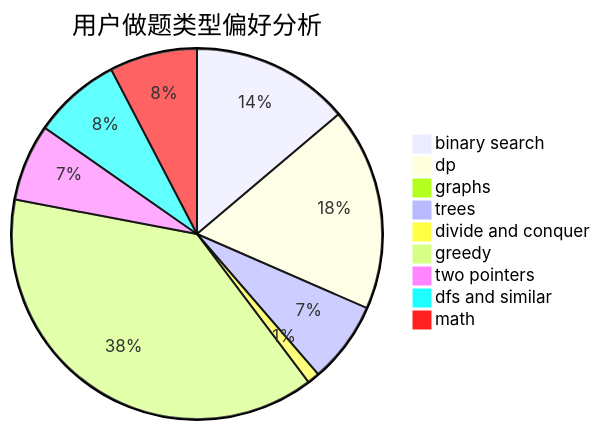
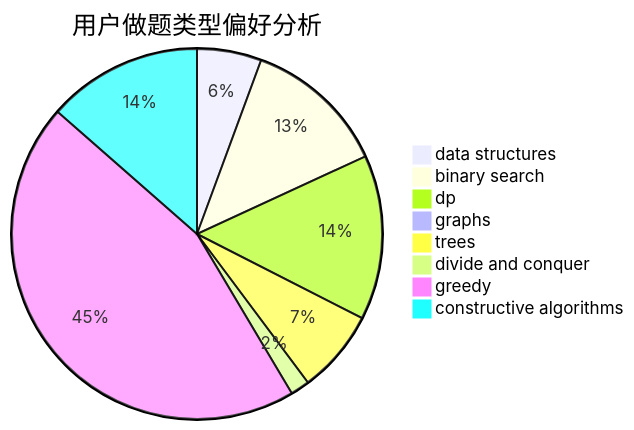
One commit to sherpahu/cfrs.github.io changed the second of 3 diagrams in docs/user/u1528.md. Above: the diagram before and after it, drawn with Mermaid. The commit also changed other lines of this file and 2775 other files, not shown here.

````diff
--- a/docs/user/u1528.md
+++ b/docs/user/u1528.md
@@ -23,12 +23,11 @@
 ```mermaid
 pie title 用户做题类型偏好分析
-    "binary search" :  103
-    "dp" :  132
-    "graphs" :  5
-    "trees" :  53
+    "data structures" :  27
+    "binary search" :  60
+    "dp" :  69
+    "graphs" :  0
+    "trees" :  35
     "divide and conquer" :  8
-    "greedy" :  285
-    "two pointers" :  50
-    "dfs and similar" :  57
-    "math" :  57
+    "greedy" :  216
+    "constructive algorithms" :  65
 ```
````
